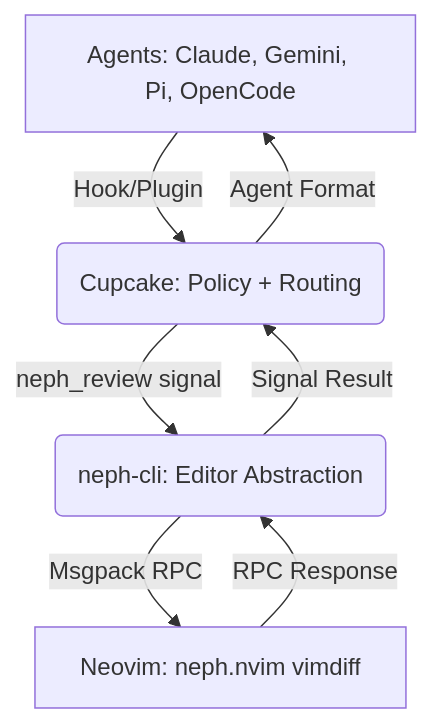
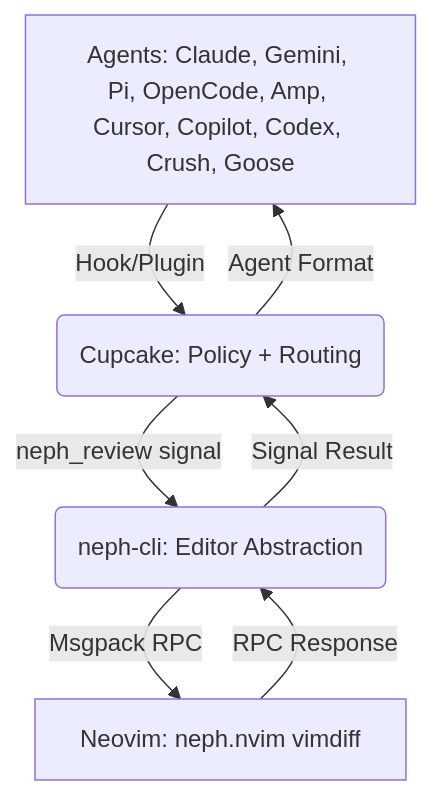
Before and after one commit to roshbhatia/neph.nvim: the first of 2 diagrams in docs/docs.md, drawn with Mermaid. The commit also changed other lines of this file, not shown here.

First line of the commit message:
docs: update docs.md with new RPC endpoints and agents

````diff
--- a/docs/docs.md
+++ b/docs/docs.md
@@ -10,9 +10,9 @@
 ```mermaid
 graph TD
-    A[Agents: Claude, Gemini, Pi, OpenCode] -->|Hook/Plugin| B(Cupcake: Policy + Routing)
+    A[Agents: Claude, Gemini, Pi, OpenCode, Amp, Cursor, Copilot, Codex, Crush, Goose] -->|Hook/Plugin| B(Cupcake: Policy + Routing)
     B -->|neph_review signal| C(neph-cli: Editor Abstraction)
     C -->|Msgpack RPC| D[Neovim: neph.nvim vimdiff]
     D -->|RPC Response| C
     C -->|Signal Result| B
     B -->|Agent Format| A
 ```
````
